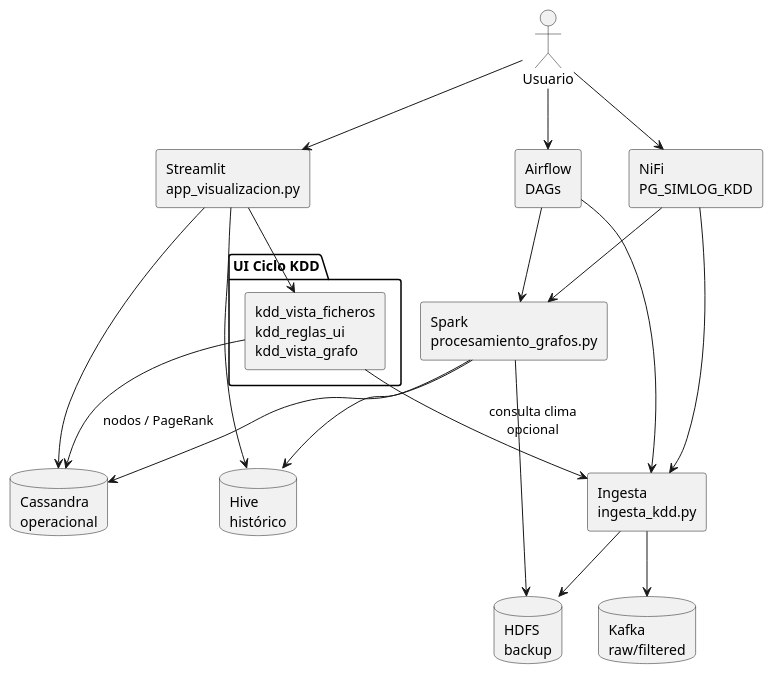
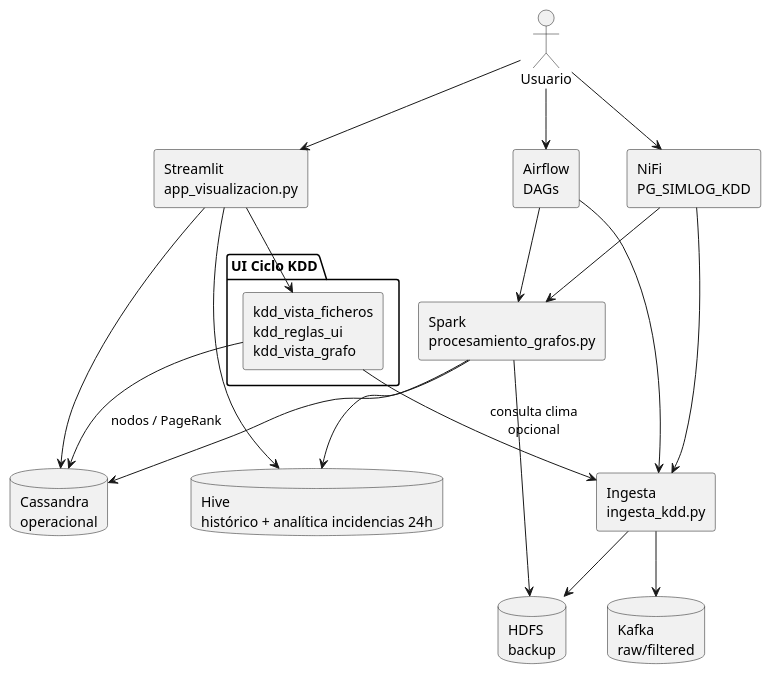
Before and after one commit to gracobjo/proyecto_transporte_global_standalone: the diagram in docs/uml/componentes_simlog.puml, drawn with PlantUML. The commit also changed 17 other files, not shown here.

```diff
--- a/docs/uml/componentes_simlog.puml
+++ b/docs/uml/componentes_simlog.puml
@@ -1,41 +1,41 @@
 @startuml
 skinparam componentStyle rectangle
 
 actor "Usuario" as User
 
 component "Streamlit\napp_visualizacion.py" as UI
 package "UI Ciclo KDD" {
   component "kdd_vista_ficheros\nkdd_reglas_ui\nkdd_vista_grafo" as KDDUI
 }
 component "NiFi\nPG_SIMLOG_KDD" as NiFi
 component "Airflow\nDAGs" as Airflow
 component "Ingesta\ningesta_kdd.py" as Ingesta
 component "Spark\nprocesamiento_grafos.py" as Spark
 database "Kafka\nraw/filtered" as Kafka
 database "HDFS\nbackup" as HDFS
 database "Cassandra\noperacional" as Cas
-database "Hive\nhistórico" as Hive
+database "Hive\nhistórico + analítica incidencias 24h" as Hive
 
 User --> UI
 User --> NiFi
 User --> Airflow
 
 UI --> KDDUI
 KDDUI --> Ingesta : consulta clima\nopcional
 KDDUI --> Cas : nodos / PageRank
 
 NiFi --> Ingesta
 Airflow --> Ingesta
 Ingesta --> Kafka
 Ingesta --> HDFS
 
 NiFi --> Spark
 Airflow --> Spark
 Spark --> Cas
 Spark --> Hive
 Spark --> HDFS
 
 UI --> Cas
 UI --> Hive
 
 @enduml
```
